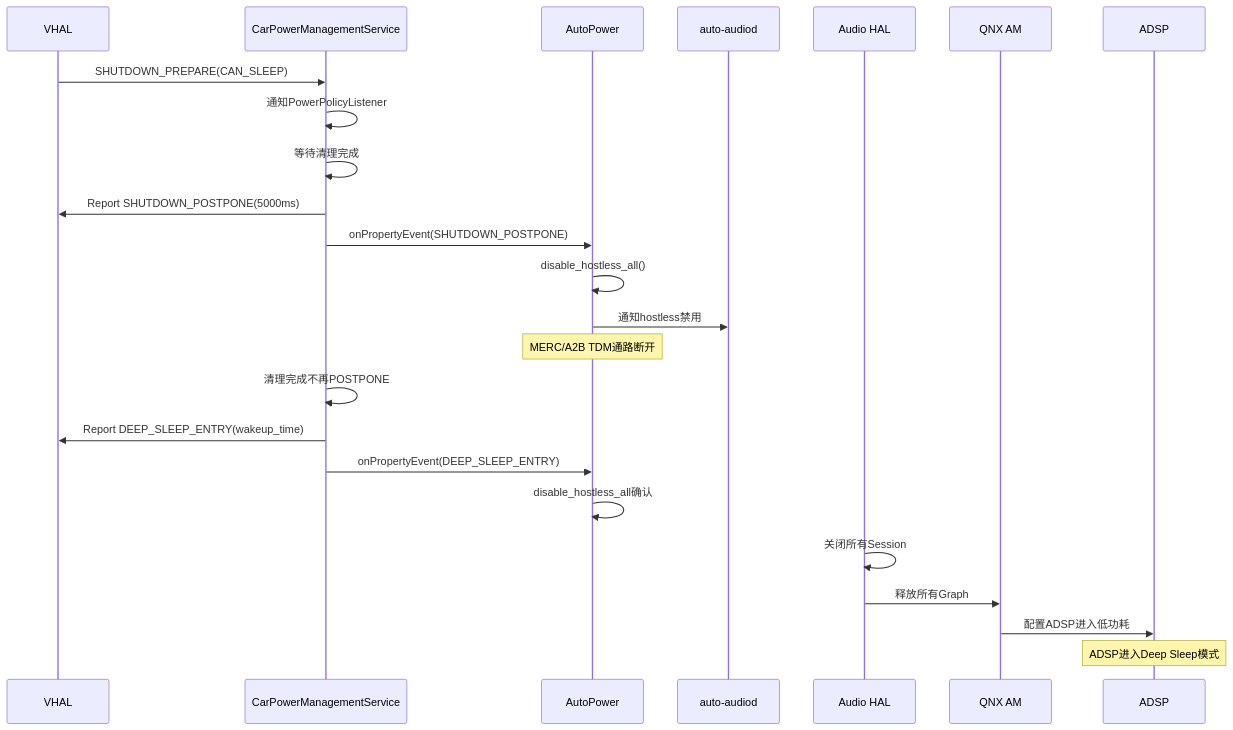
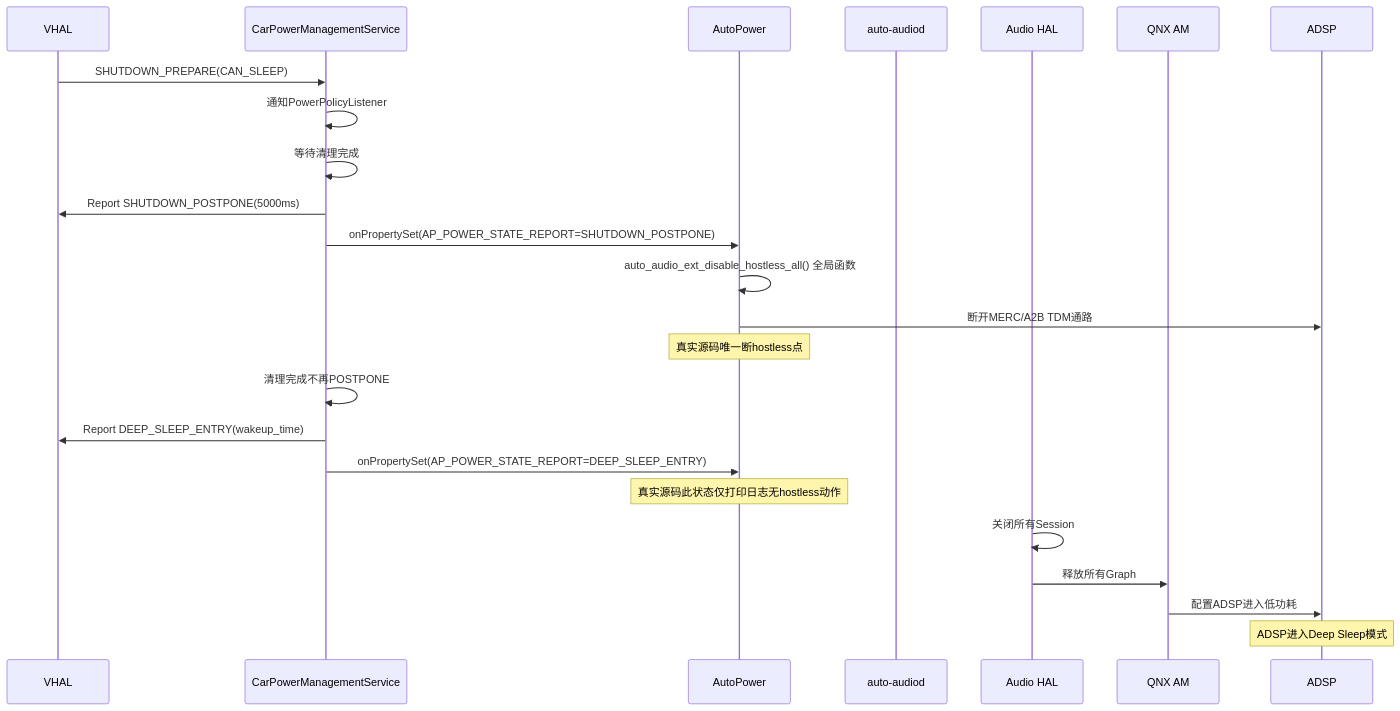
One commit to yanglinzhen1022/SA8295_AAOS_QNX_Audio_KnowledgeBase changed the third of 7 diagrams in 16_Vendor_QNX_Architecture/16_16.3_AutoPower与VHAL集成.md. Above: the diagram before and after it, drawn with Mermaid. The commit also changed other lines of this file and 48 other files, not shown here.

````diff
--- a/16_Vendor_QNX_Architecture/16_16.3_AutoPower与VHAL集成.md
+++ b/16_Vendor_QNX_Architecture/16_16.3_AutoPower与VHAL集成.md
@@ -440,29 +378,29 @@
 ```mermaid
 sequenceDiagram
     participant VHAL as VHAL
     participant CPMS as CarPowerManagementService
     participant AP as AutoPower
     participant AUDIOD as auto-audiod
     participant AHAL as Audio HAL
     participant QNX as QNX AM
     participant ADSP as ADSP
 
     VHAL->>CPMS: SHUTDOWN_PREPARE(CAN_SLEEP)
     CPMS->>CPMS: 通知PowerPolicyListener
     CPMS->>CPMS: 等待清理完成
     CPMS->>VHAL: Report SHUTDOWN_POSTPONE(5000ms)
-    CPMS->>AP: onPropertyEvent(SHUTDOWN_POSTPONE)
-    AP->>AP: disable_hostless_all()
-    AP->>AUDIOD: 通知hostless禁用
-    Note over AP: MERC/A2B TDM通路断开
+    CPMS->>AP: onPropertySet(AP_POWER_STATE_REPORT=SHUTDOWN_POSTPONE)
+    AP->>AP: auto_audio_ext_disable_hostless_all() 全局函数
+    AP->>ADSP: 断开MERC/A2B TDM通路
+    Note over AP: 真实源码唯一断hostless点
 
     CPMS->>CPMS: 清理完成不再POSTPONE
     CPMS->>VHAL: Report DEEP_SLEEP_ENTRY(wakeup_time)
-    CPMS->>AP: onPropertyEvent(DEEP_SLEEP_ENTRY)
-    AP->>AP: disable_hostless_all确认
+    CPMS->>AP: onPropertySet(AP_POWER_STATE_REPORT=DEEP_SLEEP_ENTRY)
+    Note over AP: 真实源码此状态仅打印日志无hostless动作
 
     AHAL->>AHAL: 关闭所有Session
     AHAL->>QNX: 释放所有Graph
     QNX->>ADSP: 配置ADSP进入低功耗
     Note over ADSP: ADSP进入Deep Sleep模式
 ```
````
